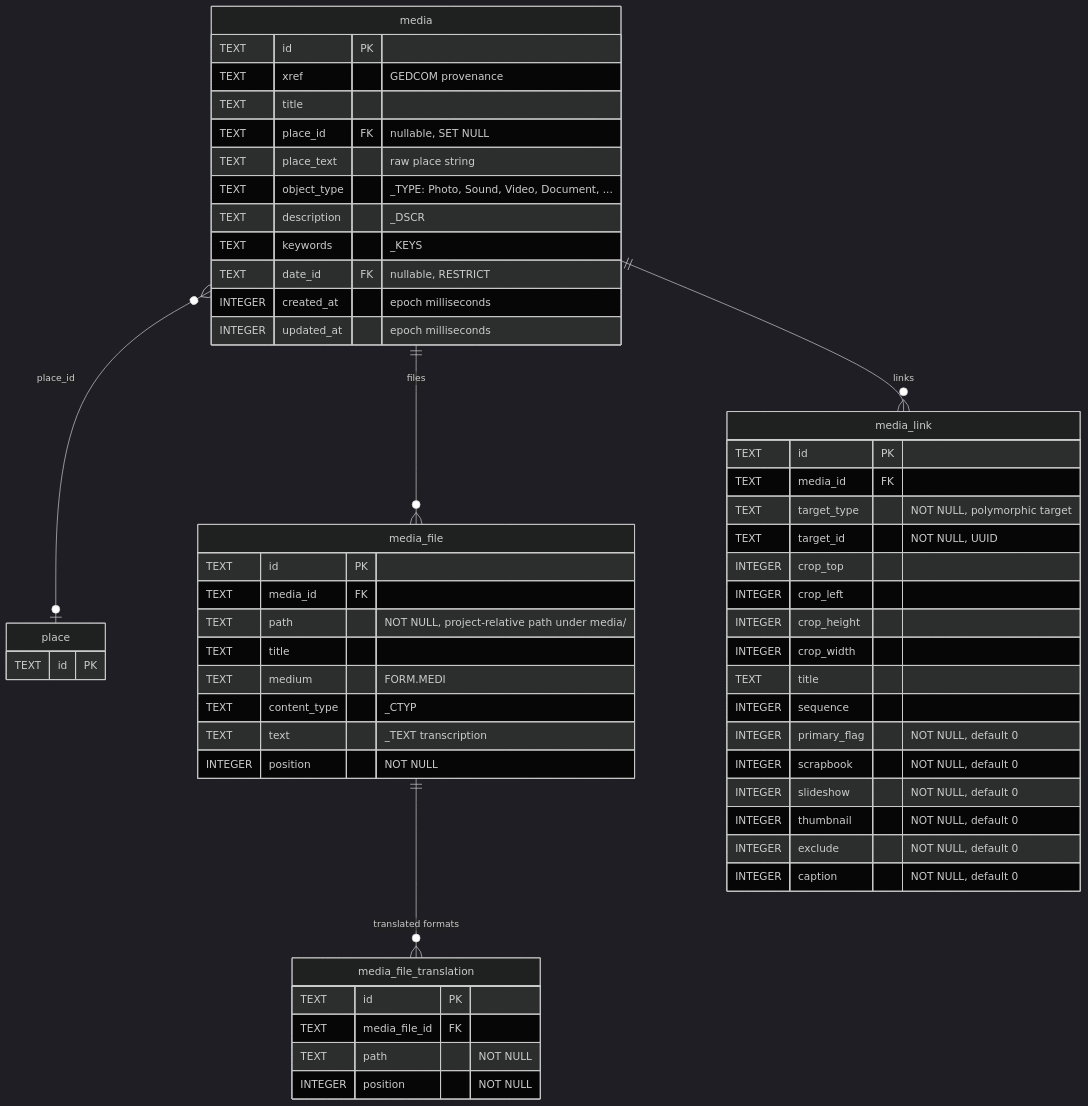
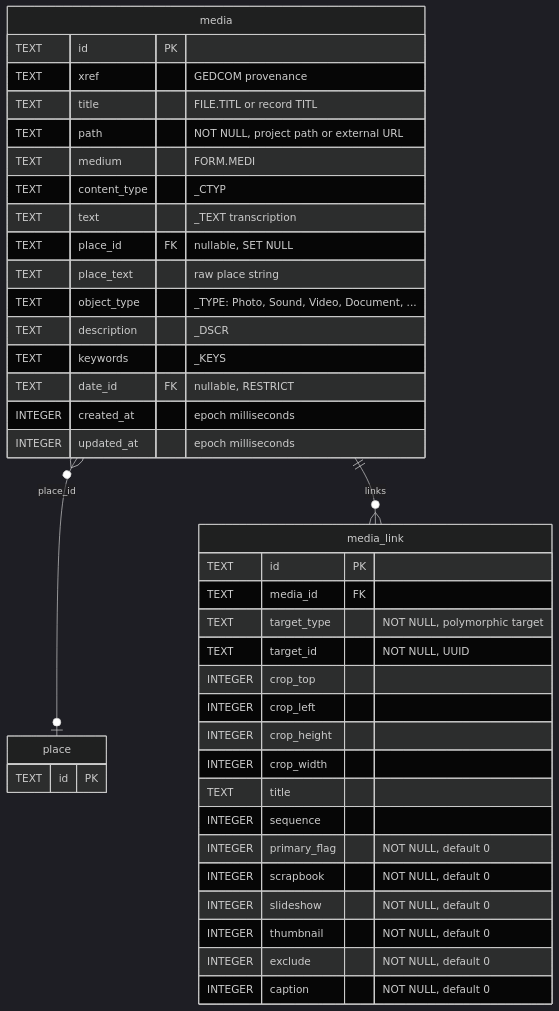
One commit to borisovodov/doru changed the ninth of 12 diagrams in docs/db-schema.md. Above: the diagram before and after it, drawn with Mermaid (dark theme). The commit also changed other lines of this file and 98 other files, not shown here.

````diff
--- a/docs/db-schema.md
+++ b/docs/db-schema.md
@@ -732,62 +735,46 @@
 ```mermaid
 erDiagram
     media }o--o| place : "place_id"
-    media ||--o{ media_file : "files"
-    media_file ||--o{ media_file_translation : "translated formats"
     media ||--o{ media_link : "links"
 
     media {
         TEXT id PK
         TEXT xref "GEDCOM provenance"
-        TEXT title
+        TEXT title "FILE.TITL or record TITL"
+        TEXT path "NOT NULL, project path or external URL"
+        TEXT medium "FORM.MEDI"
+        TEXT content_type "_CTYP"
+        TEXT text "_TEXT transcription"
         TEXT place_id FK "nullable, SET NULL"
         TEXT place_text "raw place string"
         TEXT object_type "_TYPE: Photo, Sound, Video, Document, ..."
         TEXT description "_DSCR"
         TEXT keywords "_KEYS"
         TEXT date_id FK "nullable, RESTRICT"
         INTEGER created_at "epoch milliseconds"
         INTEGER updated_at "epoch milliseconds"
-    }
-
-    media_file {
-        TEXT id PK
-        TEXT media_id FK
-        TEXT path "NOT NULL, project-relative path under media/"
-        TEXT title
-        TEXT medium "FORM.MEDI"
-        TEXT content_type "_CTYP"
-        TEXT text "_TEXT transcription"
-        INTEGER position "NOT NULL"
-    }
-
-    media_file_translation {
-        TEXT id PK
-        TEXT media_file_id FK
-        TEXT path "NOT NULL"
-        INTEGER position "NOT NULL"
     }
 
     media_link {
         TEXT id PK
         TEXT media_id FK
         TEXT target_type "NOT NULL, polymorphic target"
         TEXT target_id "NOT NULL, UUID"
         INTEGER crop_top
         INTEGER crop_left
         INTEGER crop_height
         INTEGER crop_width
         TEXT title
         INTEGER sequence
         INTEGER primary_flag "NOT NULL, default 0"
         INTEGER scrapbook "NOT NULL, default 0"
         INTEGER slideshow "NOT NULL, default 0"
         INTEGER thumbnail "NOT NULL, default 0"
         INTEGER exclude "NOT NULL, default 0"
         INTEGER caption "NOT NULL, default 0"
     }
 
     place {
         TEXT id PK
     }
 ```
````
